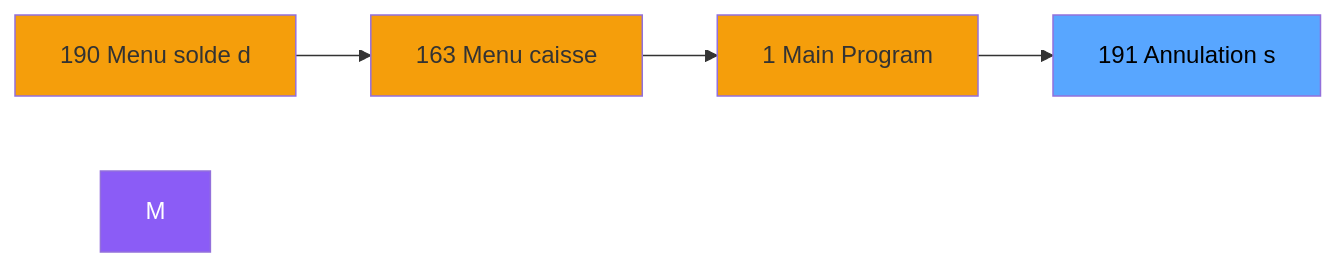
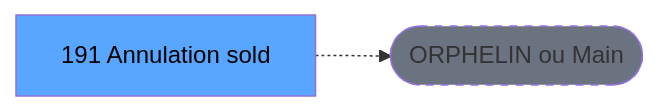
One commit to thonyAGP/lecteur-magic changed the second of 3 diagrams in .openspec/specs/ADH-IDE-191.md. Above: the diagram before and after it, drawn with Mermaid. The commit also changed other lines of this file and 701 other files, not shown here.

````diff
--- a/.openspec/specs/ADH-IDE-191.md
+++ b/.openspec/specs/ADH-IDE-191.md
@@ -142,15 +131,8 @@
 ```mermaid
 graph LR
-    N190[190 Menu solde d]
-    N163[163 Menu caisse ]
-    N1[1 Main Program]
-    T[191 Annulation s]
-    N190 --> N163
-    N163 --> N1
-    N1 --> T
-    style M fill:#8b5cf6,color:#fff
-    style N190 fill:#f59e0b
-    style N163 fill:#f59e0b
-    style N1 fill:#f59e0b
+    T[191 Annulation sold]
+    ORPHAN([ORPHELIN ou Main])
+    T -.-> ORPHAN
     style T fill:#58a6ff,color:#000
+    style ORPHAN fill:#6b7280,stroke-dasharray: 5 5
 ```
````
